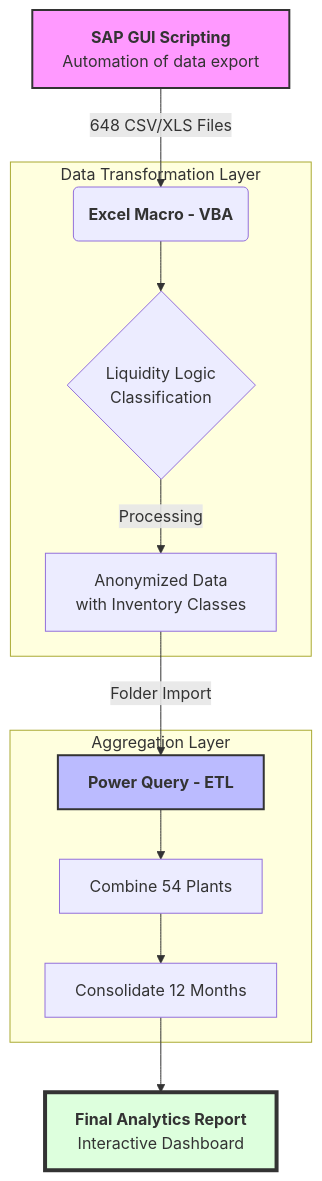
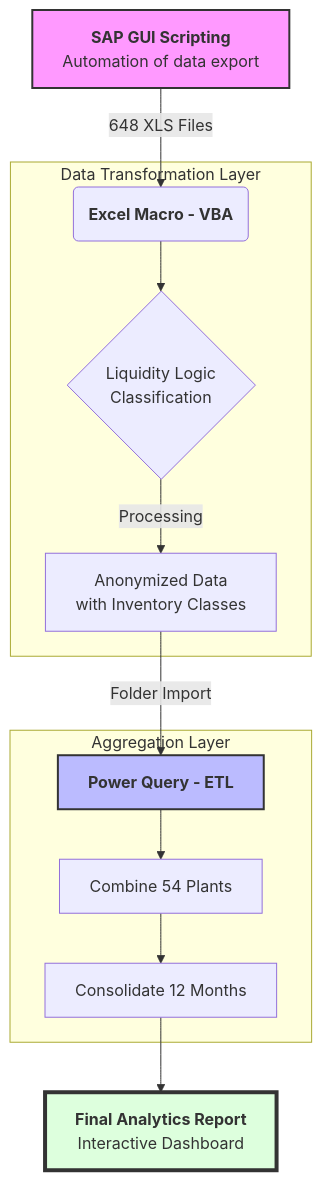
The diagram in README.md (Tomileka/SAP_GUI_automation), drawn with Mermaid before and after one commit.

Commit message:
Update README.md
scheme correction

````diff
--- a/README.md
+++ b/README.md
@@ -4,22 +4,22 @@
 ```mermaid
 graph TD
-    A[<b>SAP GUI Scripting</b><br/>Automation of data export] -->|648 CSV/XLS Files| B(<b>Excel Macro - VBA</b>)
+    A[<b>SAP GUI Scripting</b><br/>Automation of data export] -->|648 XLS Files| B(<b>Excel Macro - VBA</b>)
     
     subgraph "Data Transformation Layer"
     B --> C{Liquidity Logic<br/>Classification}
     C -->|Processing| D[Anonymized Data<br/>with Inventory Classes]
     end
 
     D -->|Folder Import| E[<b>Power Query - ETL</b>]
     
     subgraph "Aggregation Layer"
     E --> F[Combine 54 Plants]
     F --> G[Consolidate 12 Months]
     end
 
     G --> H[<b>Final Analytics Report</b><br/>Interactive Dashboard]
 
     style A fill:#f9f,stroke:#333,stroke-width:2px
     style E fill:#bbf,stroke:#333,stroke-width:2px
     style H fill:#dfd,stroke:#333,stroke-width:4px
 ```
````
